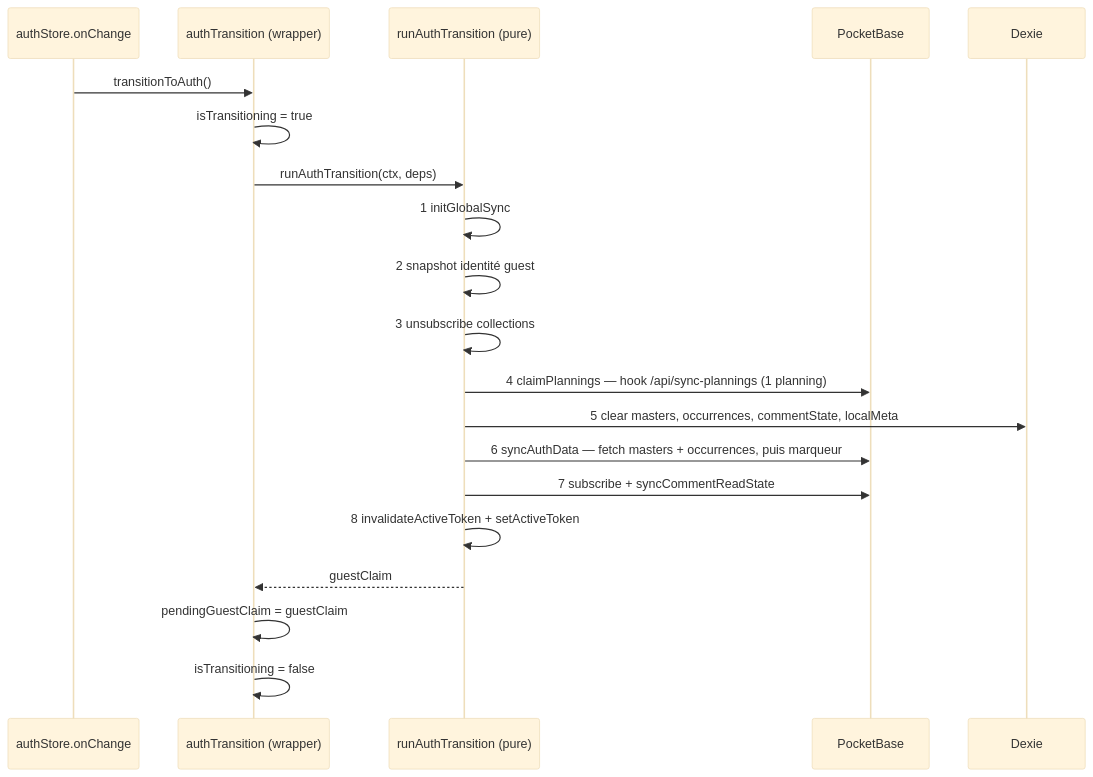
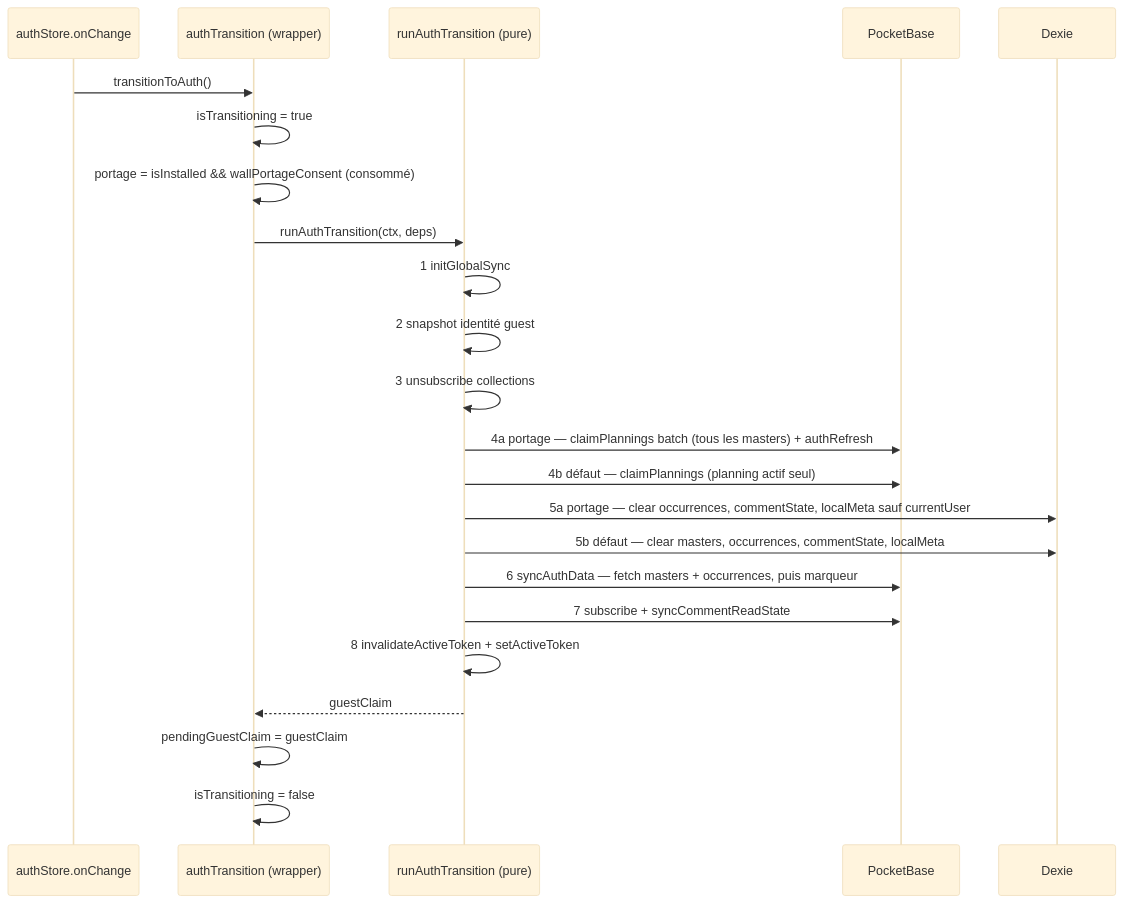
One commit to QaldeK/oupla-planning changed the second of 2 diagrams in docs/architecture/auth-identity.md. Above: the diagram before and after it, drawn with Mermaid (base theme). The commit also changed other lines of this file and 4 other files, not shown here.

Commit message:
docs(auth): document wall portage transition and identity claim vocabulary

````diff
--- a/docs/architecture/auth-identity.md
+++ b/docs/architecture/auth-identity.md
@@ -98,22 +102,25 @@
 ```mermaid
 sequenceDiagram
   participant AS as authStore.onChange
   participant W as authTransition (wrapper)
   participant R as runAuthTransition (pure)
   participant PB as PocketBase
   participant D as Dexie
   AS->>W: transitionToAuth()
   W->>W: isTransitioning = true
+  W->>W: portage = isInstalled && wallPortageConsent (consommé)
   W->>R: runAuthTransition(ctx, deps)
   R->>R: 1 initGlobalSync
   R->>R: 2 snapshot identité guest
   R->>R: 3 unsubscribe collections
-  R->>PB: 4 claimPlannings — hook /api/sync-plannings (1 planning)
-  R->>D: 5 clear masters, occurrences, commentState, localMeta
+  R->>PB: 4a portage — claimPlannings batch (tous les masters) + authRefresh
+  R->>PB: 4b défaut — claimPlannings (planning actif seul)
+  R->>D: 5a portage — clear occurrences, commentState, localMeta sauf currentUser
+  R->>D: 5b défaut — clear masters, occurrences, commentState, localMeta
   R->>PB: 6 syncAuthData — fetch masters + occurrences, puis marqueur
   R->>PB: 7 subscribe + syncCommentReadState
   R->>R: 8 invalidateActiveToken + setActiveToken
   R-->>W: guestClaim
   W->>W: pendingGuestClaim = guestClaim
   W->>W: isTransitioning = false
 ```
````
